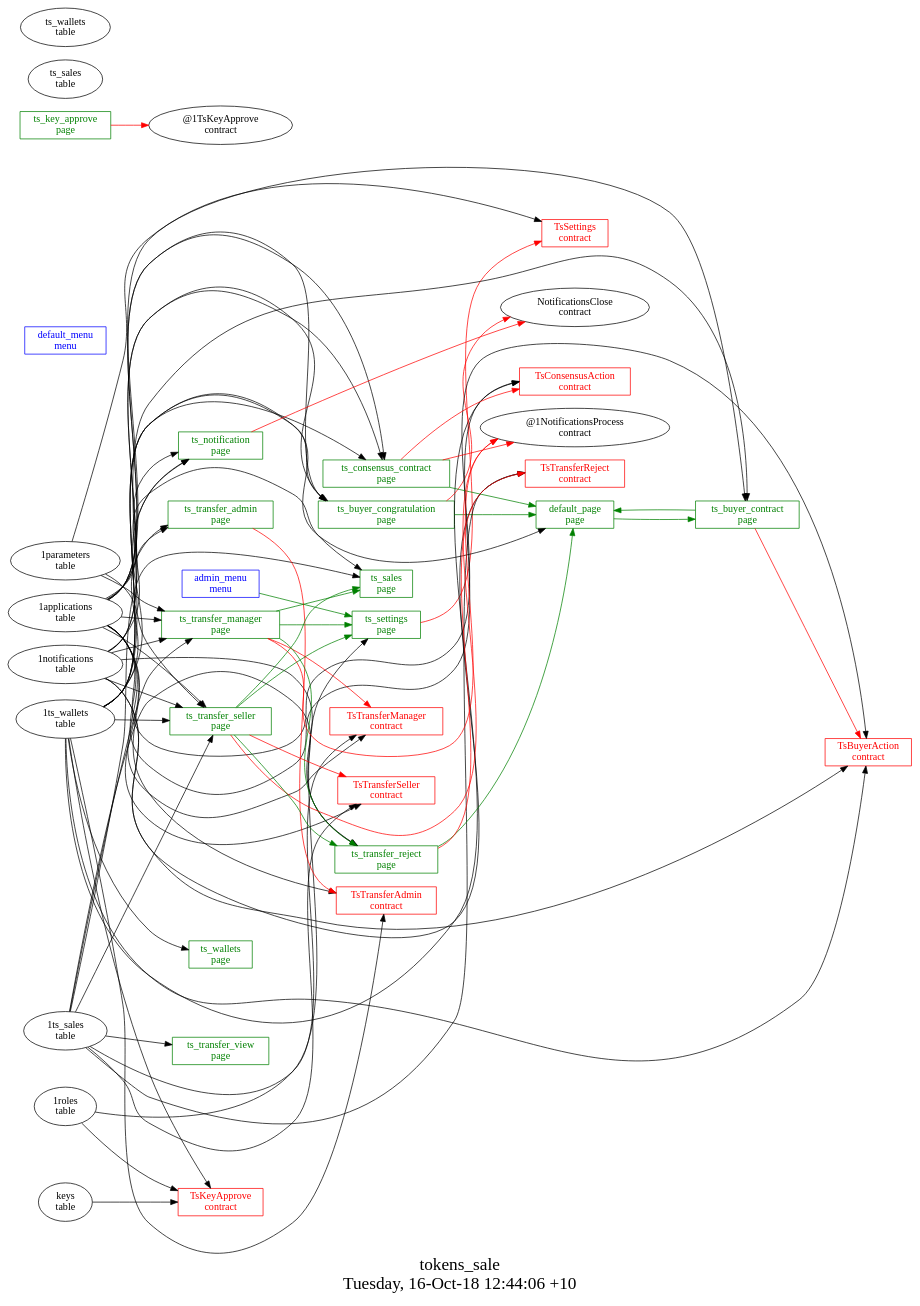
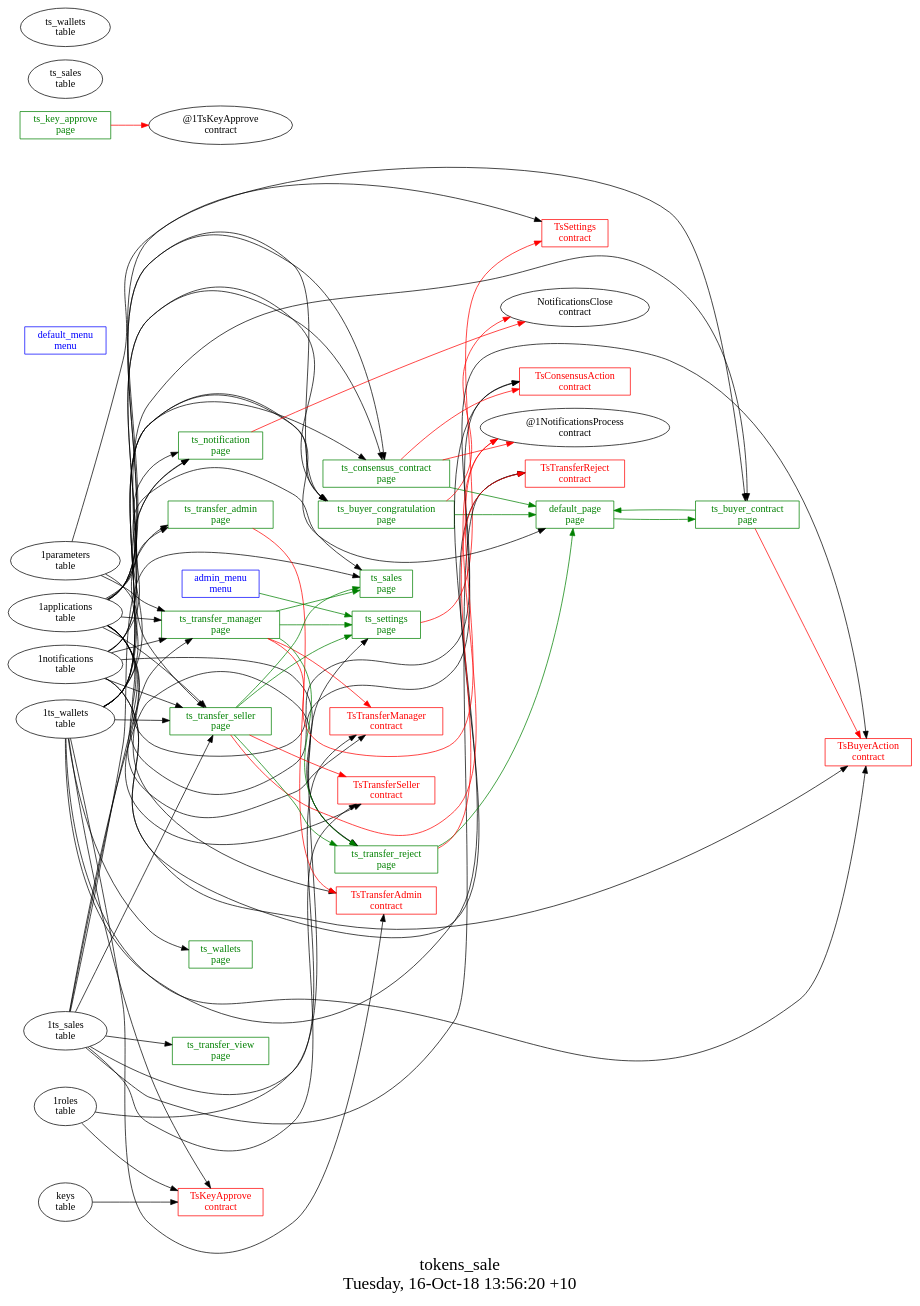
One commit to AplaProject/apps changed the diagram in other/tokens_sale/struct.dot. Above: the diagram before and after it, drawn with Graphviz. The commit also changed 26 other files, not shown here.

```diff
--- a/other/tokens_sale/struct.dot
+++ b/other/tokens_sale/struct.dot
@@ -1,106 +1,106 @@
 digraph G {
 fontsize="24";
-label="tokens_sale\nTuesday, 16-Oct-18 12:44:06 +10";
+label="tokens_sale\nTuesday, 16-Oct-18 13:56:20 +10";
 nojustify=true;
 ordering=out;
 rankdir=LR;
 size="30";
 "admin_menu\nmenu" -> "ts_settings\npage"  [ color=green ]
 "admin_menu\nmenu" [color=blue, fontcolor=blue, group=menus, shape=record];
 "default_menu\nmenu" [color=blue, fontcolor=blue, group=menus, shape=record];
 "1ts_wallets\ntable" -> "default_page\npage"
 "default_page\npage" -> "ts_buyer_contract\npage"  [ color=green ]
 "default_page\npage" [color=green, fontcolor=green, group=pages, shape=record];
 "ts_buyer_congratulation\npage" -> "NotificationsClose\ncontract"  [ color=red ]
 "1applications\ntable" -> "ts_buyer_congratulation\npage"
 "1notifications\ntable" -> "ts_buyer_congratulation\npage"
 "1ts_wallets\ntable" -> "ts_buyer_congratulation\npage"
 "ts_buyer_congratulation\npage" -> "default_page\npage"  [ color=green ]
 "ts_buyer_congratulation\npage" [color=green, fontcolor=green, group=pages, shape=record];
 "ts_buyer_contract\npage" -> "TsBuyerAction\ncontract"  [ color=red ]
 "1applications\ntable" -> "ts_buyer_contract\npage"
 "1ts_wallets\ntable" -> "ts_buyer_contract\npage"
 "ts_buyer_contract\npage" -> "default_page\npage"  [ color=green ]
 "ts_buyer_contract\npage" [color=green, fontcolor=green, group=pages, shape=record];
 "ts_consensus_contract\npage" -> "TsConsensusAction\ncontract"  [ color=red ]
 "ts_consensus_contract\npage" -> "@1NotificationsProcess\ncontract"  [ color=red ]
 "1applications\ntable" -> "ts_consensus_contract\npage"
 "1notifications\ntable" -> "ts_consensus_contract\npage"
 "1ts_wallets\ntable" -> "ts_consensus_contract\npage"
 "ts_consensus_contract\npage" -> "default_page\npage"  [ color=green ]
 "ts_consensus_contract\npage" [color=green, fontcolor=green, group=pages, shape=record];
 "ts_key_approve\npage" -> "@1TsKeyApprove\ncontract"  [ color=red ]
 "ts_key_approve\npage" [color=green, fontcolor=green, group=pages, shape=record];
 "ts_notification\npage" -> "NotificationsClose\ncontract"  [ color=red ]
 "1applications\ntable" -> "ts_notification\npage"
 "1notifications\ntable" -> "ts_notification\npage"
 "1ts_wallets\ntable" -> "ts_notification\npage"
 "ts_notification\npage" [color=green, fontcolor=green, group=pages, shape=record];
 "1applications\ntable" -> "ts_sales\npage"
 "1ts_sales\ntable" -> "ts_sales\npage"
 "ts_sales\npage" [color=green, fontcolor=green, group=pages, shape=record];
 "ts_settings\npage" -> "TsSettings\ncontract"  [ color=red ]
 "1roles\ntable" -> "ts_settings\npage"
 "ts_settings\npage" [color=green, fontcolor=green, group=pages, shape=record];
 "ts_transfer_admin\npage" -> "TsTransferAdmin\ncontract"  [ color=red ]
 "1applications\ntable" -> "ts_transfer_admin\npage"
 "1ts_wallets\ntable" -> "ts_transfer_admin\npage"
 "ts_transfer_admin\npage" [color=green, fontcolor=green, group=pages, shape=record];
 "ts_transfer_manager\npage" -> "TsTransferManager\ncontract"  [ color=red ]
 "ts_transfer_manager\npage" -> "@1NotificationsProcess\ncontract"  [ color=red ]
 "1applications\ntable" -> "ts_transfer_manager\npage"
 "1notifications\ntable" -> "ts_transfer_manager\npage"
 "1ts_sales\ntable" -> "ts_transfer_manager\npage"
 "1parameters\ntable" -> "ts_transfer_manager\npage"
 "ts_transfer_manager\npage" -> "ts_transfer_reject\npage"  [ color=green ]
 "ts_transfer_manager\npage" -> "ts_sales\npage"  [ color=green ]
 "ts_transfer_manager\npage" -> "ts_settings\npage"  [ color=green ]
 "ts_transfer_manager\npage" [color=green, fontcolor=green, group=pages, shape=record];
 "ts_transfer_reject\npage" -> "TsTransferReject\ncontract"  [ color=red ]
 "1notifications\ntable" -> "ts_transfer_reject\npage"
 "1ts_sales\ntable" -> "ts_transfer_reject\npage"
 "ts_transfer_reject\npage" -> "default_page\npage"  [ color=green ]
 "ts_transfer_reject\npage" [color=green, fontcolor=green, group=pages, shape=record];
 "ts_transfer_seller\npage" -> "TsTransferSeller\ncontract"  [ color=red ]
 "ts_transfer_seller\npage" -> "@1NotificationsProcess\ncontract"  [ color=red ]
 "1applications\ntable" -> "ts_transfer_seller\npage"
 "1notifications\ntable" -> "ts_transfer_seller\npage"
 "1ts_sales\ntable" -> "ts_transfer_seller\npage"
 "1ts_wallets\ntable" -> "ts_transfer_seller\npage"
 "1parameters\ntable" -> "ts_transfer_seller\npage"
 "ts_transfer_seller\npage" -> "ts_transfer_reject\npage"  [ color=green ]
 "ts_transfer_seller\npage" -> "ts_sales\npage"  [ color=green ]
 "ts_transfer_seller\npage" -> "ts_settings\npage"  [ color=green ]
 "ts_transfer_seller\npage" [color=green, fontcolor=green, group=pages, shape=record];
 "1ts_sales\ntable" -> "ts_transfer_view\npage"
 "ts_transfer_view\npage" [color=green, fontcolor=green, group=pages, shape=record];
 "1ts_wallets\ntable" -> "ts_wallets\npage"
 "ts_wallets\npage" [color=green, fontcolor=green, group=pages, shape=record];
 "1applications\ntable" -> "TsBuyerAction\ncontract"
 "1ts_wallets\ntable" -> "TsBuyerAction\ncontract"
 "1notifications\ntable" -> "TsBuyerAction\ncontract"
 "TsBuyerAction\ncontract" [color=red, fontcolor=red, group=contracts, shape=record];
 "1applications\ntable" -> "TsConsensusAction\ncontract"
 "1ts_wallets\ntable" -> "TsConsensusAction\ncontract"
 "TsConsensusAction\ncontract" [color=red, fontcolor=red, group=contracts, shape=record];
 "1ts_wallets\ntable" -> "TsKeyApprove\ncontract"
 "keys\ntable" -> "TsKeyApprove\ncontract"
 "1roles\ntable" -> "TsKeyApprove\ncontract"
 "TsKeyApprove\ncontract" [color=red, fontcolor=red, group=contracts, shape=record];
 "1parameters\ntable" -> "TsSettings\ncontract"
 "TsSettings\ncontract" [color=red, fontcolor=red, group=contracts, shape=record];
 "1applications\ntable" -> "TsTransferAdmin\ncontract"
 "1ts_wallets\ntable" -> "TsTransferAdmin\ncontract"
 "TsTransferAdmin\ncontract" [color=red, fontcolor=red, group=contracts, shape=record];
 "1applications\ntable" -> "TsTransferManager\ncontract"
 "1ts_sales\ntable" -> "TsTransferManager\ncontract"
 "TsTransferManager\ncontract" [color=red, fontcolor=red, group=contracts, shape=record];
 "1notifications\ntable" -> "TsTransferReject\ncontract"
 "1ts_sales\ntable" -> "TsTransferReject\ncontract"
 "TsTransferReject\ncontract" [color=red, fontcolor=red, group=contracts, shape=record];
 "1applications\ntable" -> "TsTransferSeller\ncontract"
 "1ts_sales\ntable" -> "TsTransferSeller\ncontract"
 "TsTransferSeller\ncontract" [color=red, fontcolor=red, group=contracts, shape=record];
 "ts_sales\ntable" [color="", fontcolor="", group=tables, shape=""];
 "ts_wallets\ntable" [color="", fontcolor="", group=tables, shape=""];
 }
```
